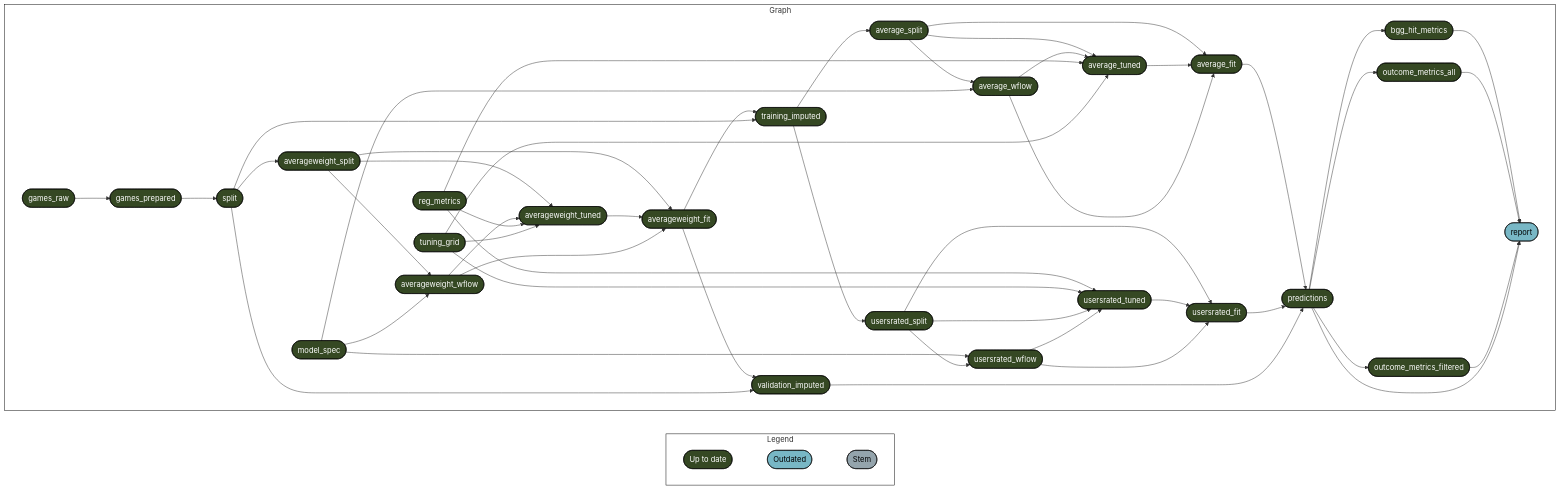
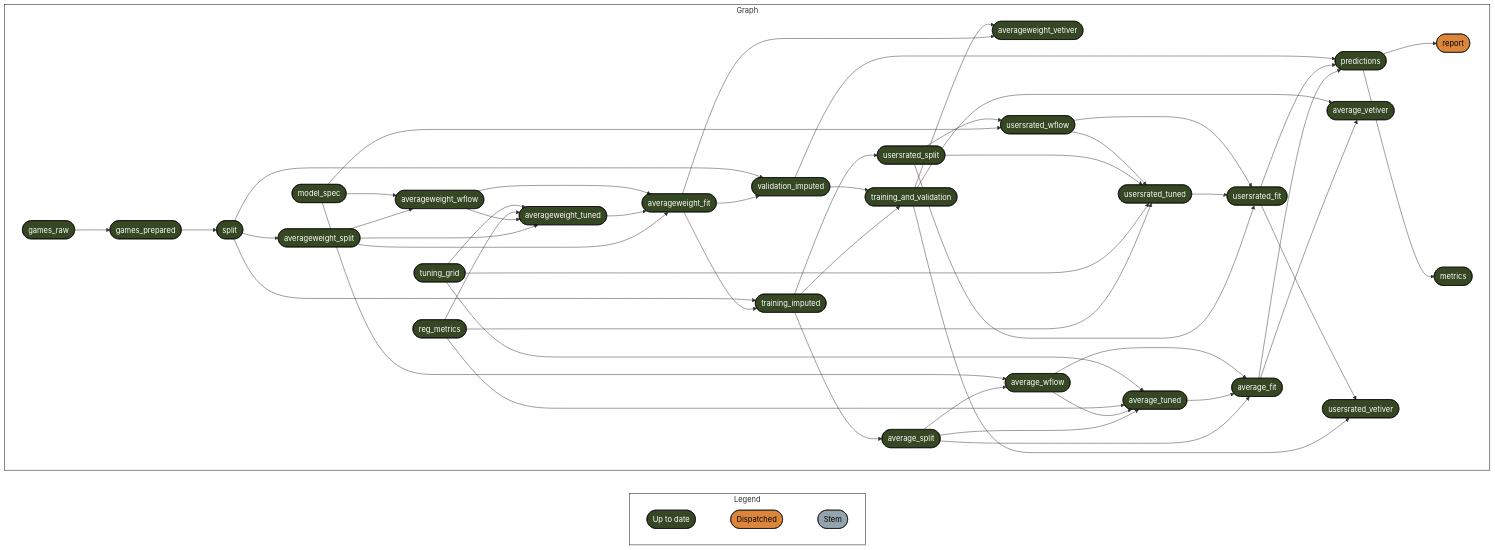
One commit to phenrickson/bgg_models changed the diagram in results.md. Above: the diagram before and after it, drawn with Mermaid. The commit also changed other lines of this file and 10 other files, not shown here.

Commit message:
adding vetiver to model training

````diff
--- a/results.md
+++ b/results.md
@@ -17,64 +8,67 @@
 ``` mermaid
 graph LR
   style Legend fill:#FFFFFF00,stroke:#000000;
   style Graph fill:#FFFFFF00,stroke:#000000;
   subgraph Legend
     direction LR
-    x7420bd9270f8d27d([""Up to date""]):::uptodate --- x0a52b03877696646([""Outdated""]):::outdated
-    x0a52b03877696646([""Outdated""]):::outdated --- xbf4603d6c2c2ad6b([""Stem""]):::none
+    x7420bd9270f8d27d([""Up to date""]):::uptodate --- xa8565c104d8f0705([""Dispatched""]):::dispatched
+    xa8565c104d8f0705([""Dispatched""]):::dispatched --- xbf4603d6c2c2ad6b([""Stem""]):::none
   end
   subgraph Graph
     direction LR
-    xcf910d7efaac5be7(["predictions"]):::uptodate --> x5b0d23a42f47c814(["bgg_hit_metrics"]):::uptodate
     xe73a0f95bb7c669b(["games_prepared"]):::uptodate --> x6a9d509448f9bd3e(["split"]):::uptodate
+    x0f34a02bd6ed632f(["averageweight_fit"]):::uptodate --> xcbeb0ce109eb5b86(["averageweight_vetiver"]):::uptodate
+    xe5bd2d3c6fdf29ae(["training_and_validation"]):::uptodate --> xcbeb0ce109eb5b86(["averageweight_vetiver"]):::uptodate
     x170105733f313efa(["training_imputed"]):::uptodate --> x634aca9b773632c4(["usersrated_split"]):::uptodate
     x47290a9e3258c6f8(["averageweight_split"]):::uptodate --> x0f34a02bd6ed632f(["averageweight_fit"]):::uptodate
     x04d83687468f3fc4(["averageweight_tuned"]):::uptodate --> x0f34a02bd6ed632f(["averageweight_fit"]):::uptodate
     xa620e5e9c738b77b(["averageweight_wflow"]):::uptodate --> x0f34a02bd6ed632f(["averageweight_fit"]):::uptodate
     x5225ac863fffff5b(["model_spec"]):::uptodate --> x2c80a51924a741af(["usersrated_wflow"]):::uptodate
     x634aca9b773632c4(["usersrated_split"]):::uptodate --> x2c80a51924a741af(["usersrated_wflow"]):::uptodate
-    xcf910d7efaac5be7(["predictions"]):::uptodate --> x549b9472ad95b0e6(["outcome_metrics_all"]):::uptodate
+    x170105733f313efa(["training_imputed"]):::uptodate --> xe5bd2d3c6fdf29ae(["training_and_validation"]):::uptodate
+    x60bd72cb3684ce1d(["validation_imputed"]):::uptodate --> xe5bd2d3c6fdf29ae(["training_and_validation"]):::uptodate
     xc0de7cb1ceaaae9a(["average_fit"]):::uptodate --> xcf910d7efaac5be7(["predictions"]):::uptodate
     xd6936e852f1fbe47(["usersrated_fit"]):::uptodate --> xcf910d7efaac5be7(["predictions"]):::uptodate
     x60bd72cb3684ce1d(["validation_imputed"]):::uptodate --> xcf910d7efaac5be7(["predictions"]):::uptodate
     x634aca9b773632c4(["usersrated_split"]):::uptodate --> xd6936e852f1fbe47(["usersrated_fit"]):::uptodate
     x8b18f98f2746942f(["usersrated_tuned"]):::uptodate --> xd6936e852f1fbe47(["usersrated_fit"]):::uptodate
     x2c80a51924a741af(["usersrated_wflow"]):::uptodate --> xd6936e852f1fbe47(["usersrated_fit"]):::uptodate
     x6a9d509448f9bd3e(["split"]):::uptodate --> x47290a9e3258c6f8(["averageweight_split"]):::uptodate
     x80752a9437f8f285(["average_split"]):::uptodate --> xc0de7cb1ceaaae9a(["average_fit"]):::uptodate
     xd0ff2216903615b0(["average_tuned"]):::uptodate --> xc0de7cb1ceaaae9a(["average_fit"]):::uptodate
     x8d1623556cc14734(["average_wflow"]):::uptodate --> xc0de7cb1ceaaae9a(["average_fit"]):::uptodate
     x2b7f0716b8751c70(["games_raw"]):::uptodate --> xe73a0f95bb7c669b(["games_prepared"]):::uptodate
     x170105733f313efa(["training_imputed"]):::uptodate --> x80752a9437f8f285(["average_split"]):::uptodate
     x47290a9e3258c6f8(["averageweight_split"]):::uptodate --> xa620e5e9c738b77b(["averageweight_wflow"]):::uptodate
     x5225ac863fffff5b(["model_spec"]):::uptodate --> xa620e5e9c738b77b(["averageweight_wflow"]):::uptodate
-    x5b0d23a42f47c814(["bgg_hit_metrics"]):::uptodate --> xe0fba61fbc506510(["report"]):::outdated
-    x549b9472ad95b0e6(["outcome_metrics_all"]):::uptodate --> xe0fba61fbc506510(["report"]):::outdated
-    xe114bb7356a422fc(["outcome_metrics_filtered"]):::uptodate --> xe0fba61fbc506510(["report"]):::outdated
-    xcf910d7efaac5be7(["predictions"]):::uptodate --> xe0fba61fbc506510(["report"]):::outdated
-    xcf910d7efaac5be7(["predictions"]):::uptodate --> xe114bb7356a422fc(["outcome_metrics_filtered"]):::uptodate
+    xc0de7cb1ceaaae9a(["average_fit"]):::uptodate --> x1b61a8b8a8b5e6c2(["average_vetiver"]):::uptodate
+    xe5bd2d3c6fdf29ae(["training_and_validation"]):::uptodate --> x1b61a8b8a8b5e6c2(["average_vetiver"]):::uptodate
+    xe5bd2d3c6fdf29ae(["training_and_validation"]):::uptodate --> x156a6ed4485a6769(["usersrated_vetiver"]):::uptodate
+    xd6936e852f1fbe47(["usersrated_fit"]):::uptodate --> x156a6ed4485a6769(["usersrated_vetiver"]):::uptodate
+    xcf910d7efaac5be7(["predictions"]):::uptodate --> xe0fba61fbc506510(["report"]):::dispatched
     x80752a9437f8f285(["average_split"]):::uptodate --> xd0ff2216903615b0(["average_tuned"]):::uptodate
     x8d1623556cc14734(["average_wflow"]):::uptodate --> xd0ff2216903615b0(["average_tuned"]):::uptodate
     x65f5ea8ba96b7060(["reg_metrics"]):::uptodate --> xd0ff2216903615b0(["average_tuned"]):::uptodate
     xa35bb8a740e7efd3(["tuning_grid"]):::uptodate --> xd0ff2216903615b0(["average_tuned"]):::uptodate
     x0f34a02bd6ed632f(["averageweight_fit"]):::uptodate --> x170105733f313efa(["training_imputed"]):::uptodate
     x6a9d509448f9bd3e(["split"]):::uptodate --> x170105733f313efa(["training_imputed"]):::uptodate
     x0f34a02bd6ed632f(["averageweight_fit"]):::uptodate --> x60bd72cb3684ce1d(["validation_imputed"]):::uptodate
     x6a9d509448f9bd3e(["split"]):::uptodate --> x60bd72cb3684ce1d(["validation_imputed"]):::uptodate
     x47290a9e3258c6f8(["averageweight_split"]):::uptodate --> x04d83687468f3fc4(["averageweight_tuned"]):::uptodate
     xa620e5e9c738b77b(["averageweight_wflow"]):::uptodate --> x04d83687468f3fc4(["averageweight_tuned"]):::uptodate
     x65f5ea8ba96b7060(["reg_metrics"]):::uptodate --> x04d83687468f3fc4(["averageweight_tuned"]):::uptodate
     xa35bb8a740e7efd3(["tuning_grid"]):::uptodate --> x04d83687468f3fc4(["averageweight_tuned"]):::uptodate
+    xcf910d7efaac5be7(["predictions"]):::uptodate --> x0c3f7bbc2bd5a2a9(["metrics"]):::uptodate
     x80752a9437f8f285(["average_split"]):::uptodate --> x8d1623556cc14734(["average_wflow"]):::uptodate
     x5225ac863fffff5b(["model_spec"]):::uptodate --> x8d1623556cc14734(["average_wflow"]):::uptodate
     x65f5ea8ba96b7060(["reg_metrics"]):::uptodate --> x8b18f98f2746942f(["usersrated_tuned"]):::uptodate
     xa35bb8a740e7efd3(["tuning_grid"]):::uptodate --> x8b18f98f2746942f(["usersrated_tuned"]):::uptodate
     x634aca9b773632c4(["usersrated_split"]):::uptodate --> x8b18f98f2746942f(["usersrated_tuned"]):::uptodate
     x2c80a51924a741af(["usersrated_wflow"]):::uptodate --> x8b18f98f2746942f(["usersrated_tuned"]):::uptodate
   end
   classDef uptodate stroke:#000000,color:#ffffff,fill:#354823;
-  classDef outdated stroke:#000000,color:#000000,fill:#78B7C5;
+  classDef dispatched stroke:#000000,color:#000000,fill:#DC863B;
   classDef none stroke:#000000,color:#000000,fill:#94a4ac;
   linkStyle 0 stroke-width:0px;
   linkStyle 1 stroke-width:0px;
 ```
````
